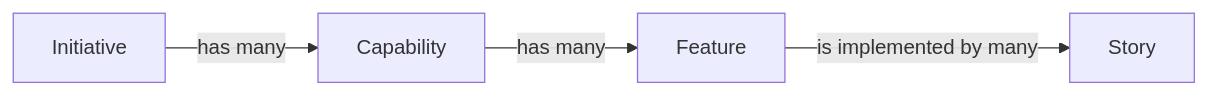
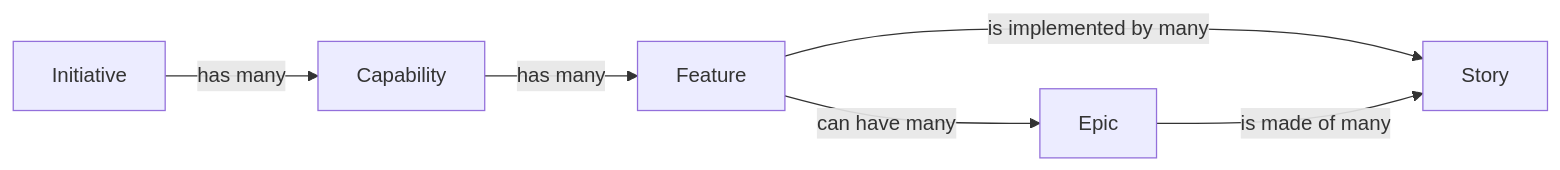
One commit to Oldranda1414/SP2PFL-ProjectManagement changed the diagram in docs/scoping.md. Above: the diagram before and after it, drawn with Mermaid. The commit also changed other lines of this file, not shown here.

````diff
--- a/docs/scoping.md
+++ b/docs/scoping.md
@@ -116,6 +116,8 @@
 ```mermaid
 flowchart LR
     Initiative-- has many -->Capability
     Capability-- has many -->Feature
     Feature-- is implemented by many -->Story
+    Feature-- can have many -->Epic
+    Epic-- is made of many -->Story
 ```
````
